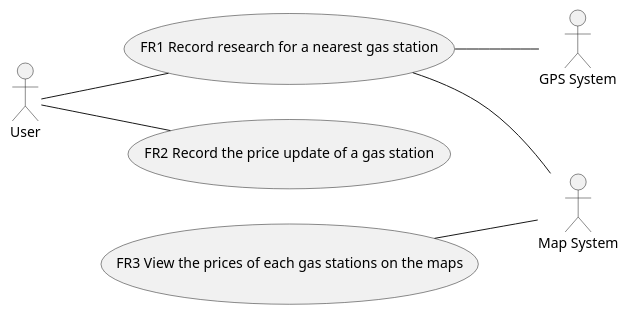
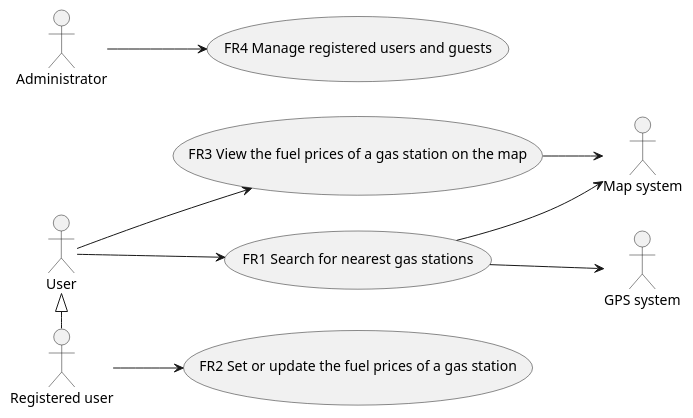
One commit to SoftengPoliTo/Lab2 changed the second of 3 diagrams in REQ_s278929.md. Above: the diagram before and after it, drawn with PlantUML. The commit also changed other lines of this file, not shown here.

````diff
--- a/REQ_s278929.md
+++ b/REQ_s278929.md
@@ -92,14 +97,20 @@
 ```plantuml
 left to right direction
-actor User as A
-actor "Map System" as B
-actor "GPS System" as C
-(FR1 Record research for a nearest gas station) as FR1
-(FR2 Record the price update of a gas station) as FR2
-(FR3 View the prices of each gas stations on the maps) as FR3
-A -- FR1
-FR1 -- B
-FR1 -- C
-A -- FR2
-FR3 -- B
+:User: as U
+:Registered user: as R
+:Map system: as M
+:GPS system: as G
+:Administrator: as A
+(FR1 Search for nearest gas stations) as FR1
+(FR2 Set or update the fuel prices of a gas station) as FR2
+(FR3 View the fuel prices of a gas station on the map) as FR3
+(FR4 Manage registered users and guests) as FR4
+U <|- R
+U --> FR1
+FR1 --> M
+FR1 --> G
+R --> FR2
+U --> FR3
+FR3 --> M
+A --> FR4
 ```
````
